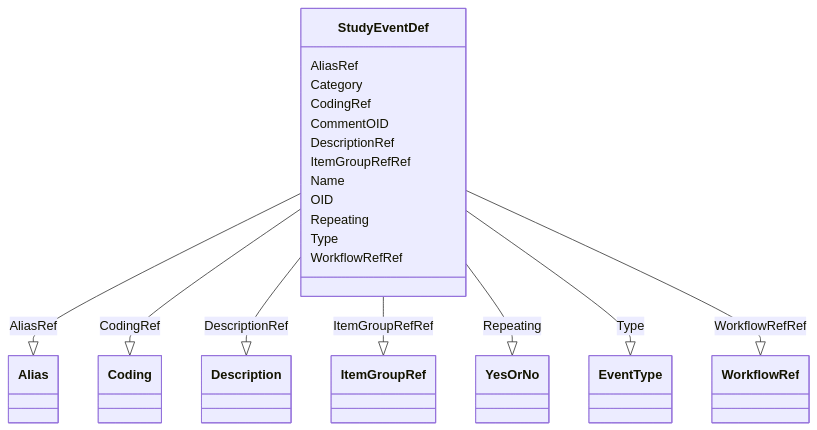
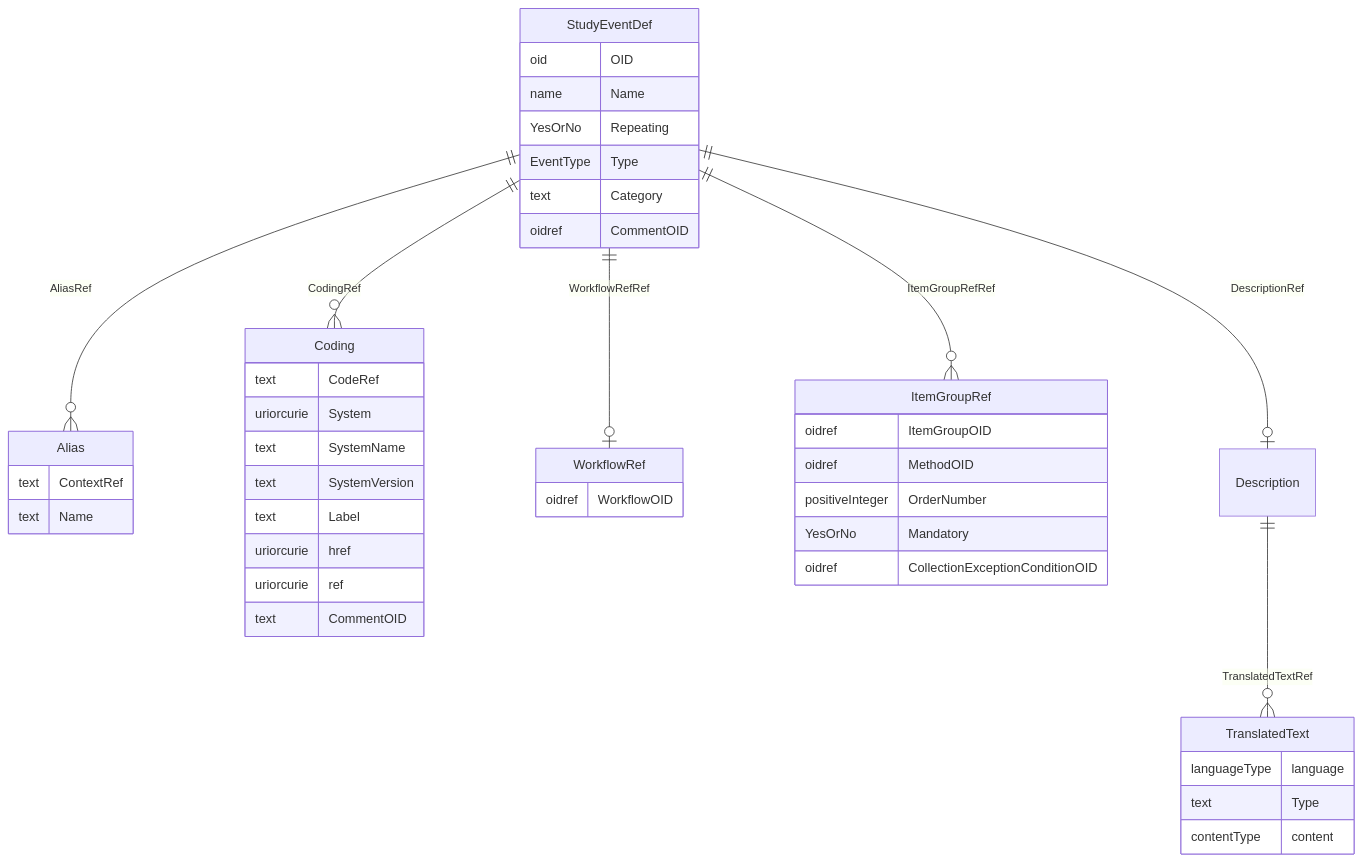
Before and after one commit to cdisc-org/DataExchange-ODM-LinkML: the diagram in docs/StudyEventDef.md, drawn with Mermaid. The commit also changed other lines of this file and 181 other files, not shown here.

Commit message:
ER diagrams working via templates and removing names with underscores

````diff
--- a/docs/StudyEventDef.md
+++ b/docs/StudyEventDef.md
@@ -14,41 +11,51 @@
 ```mermaid
- classDiagram
-    class StudyEventDef
-      StudyEventDef : AliasRef
-        
-          StudyEventDef --|> Alias : AliasRef
-        
-      StudyEventDef : Category
-        
-      StudyEventDef : CodingRef
-        
-          StudyEventDef --|> Coding : CodingRef
-        
-      StudyEventDef : CommentOID
-        
-      StudyEventDef : DescriptionRef
-        
-          StudyEventDef --|> Description : DescriptionRef
-        
-      StudyEventDef : ItemGroupRefRef
-        
-          StudyEventDef --|> ItemGroupRef : ItemGroupRefRef
-        
-      StudyEventDef : Name
-        
-      StudyEventDef : OID
-        
-      StudyEventDef : Repeating
-        
-          StudyEventDef --|> YesOrNo : Repeating
-        
-      StudyEventDef : Type
-        
-          StudyEventDef --|> EventType : Type
-        
-      StudyEventDef : WorkflowRefRef
-        
-          StudyEventDef --|> WorkflowRef : WorkflowRefRef
-        
-      
+erDiagram
+StudyEventDef {
+    oid OID  
+    name Name  
+    YesOrNo Repeating  
+    EventType Type  
+    text Category  
+    oidref CommentOID  
+}
+Alias {
+    text ContextRef  
+    text Name  
+}
+Coding {
+    text CodeRef  
+    uriorcurie System  
+    text SystemName  
+    text SystemVersion  
+    text Label  
+    uriorcurie href  
+    uriorcurie ref  
+    text CommentOID  
+}
+WorkflowRef {
+    oidref WorkflowOID  
+}
+ItemGroupRef {
+    oidref ItemGroupOID  
+    oidref MethodOID  
+    positiveInteger OrderNumber  
+    YesOrNo Mandatory  
+    oidref CollectionExceptionConditionOID  
+}
+Description {
+
+}
+TranslatedText {
+    languageType language  
+    text Type  
+    contentType content  
+}
+
+StudyEventDef ||--|o Description : "DescriptionRef"
+StudyEventDef ||--}o ItemGroupRef : "ItemGroupRefRef"
+StudyEventDef ||--|o WorkflowRef : "WorkflowRefRef"
+StudyEventDef ||--}o Coding : "CodingRef"
+StudyEventDef ||--}o Alias : "AliasRef"
+Description ||--}o TranslatedText : "TranslatedTextRef"
+
 ```
````
